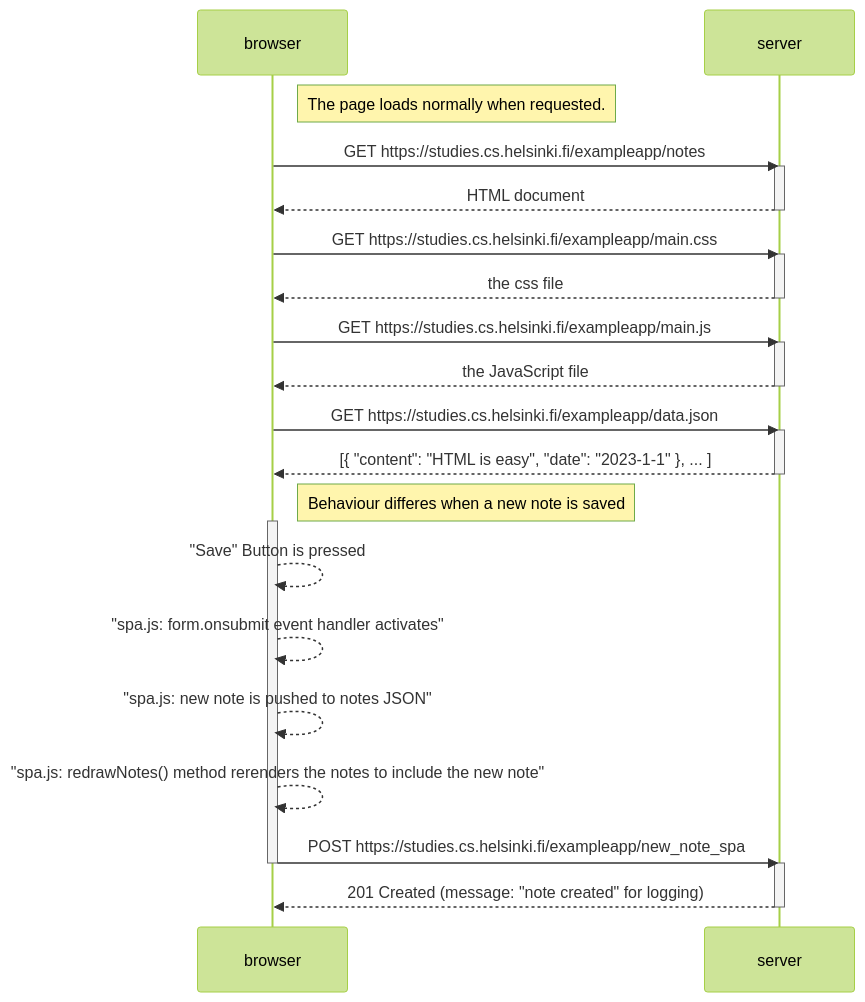
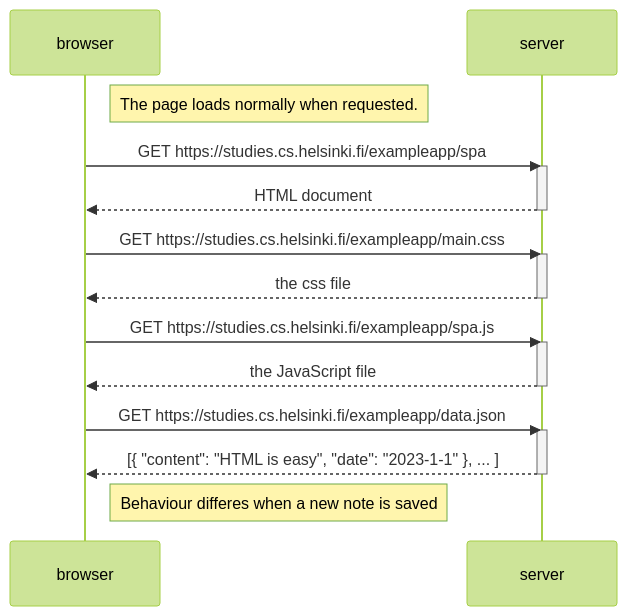
Before and after one commit to jKaarlehto/fullstackopen: the diagram in part0/0.5.md, drawn with Mermaid (forest theme). The commit also changed 1 other file, not shown here.

Commit message:
split 0.5md into 0.5.md and 0.6md

````diff
--- a/part0/0.5.md
+++ b/part0/0.5.md
@@ -1,42 +1,31 @@
 ```mermaid
 sequenceDiagram
 
     participant browser
     participant server
     
     Note right of browser: The page loads normally when requested.
 
-    browser->>server: GET https://studies.cs.helsinki.fi/exampleapp/notes
+    browser->>server: GET https://studies.cs.helsinki.fi/exampleapp/spa
     activate server
     server-->>browser: HTML document
     deactivate server
 
     browser->>server: GET https://studies.cs.helsinki.fi/exampleapp/main.css
     activate server
     server-->>browser: the css file
     deactivate server
 
-    browser->>server: GET https://studies.cs.helsinki.fi/exampleapp/main.js
+    browser->>server: GET https://studies.cs.helsinki.fi/exampleapp/spa.js
     activate server
     server-->>browser: the JavaScript file
     deactivate server
 
     browser->>server: GET https://studies.cs.helsinki.fi/exampleapp/data.json
     activate server
     server-->>browser: [{ "content": "HTML is easy", "date": "2023-1-1" }, ... ]
     deactivate server
 
     Note right of browser: Behaviour differes when a new note is saved
 
-    activate browser
-    browser-->>browser: "Save" Button is pressed
-    browser-->>browser: "spa.js: form.onsubmit event handler activates"
-    browser-->>browser: "spa.js: new note is pushed to notes JSON"
-    browser-->>browser: "spa.js: redrawNotes() method rerenders the notes to include the new note"
-    browser->>server: POST https://studies.cs.helsinki.fi/exampleapp/new_note_spa
-    deactivate browser
-
-    activate server
-    server-->>browser: 201 Created (message: "note created" for logging)
-    deactivate server
 ```
````
